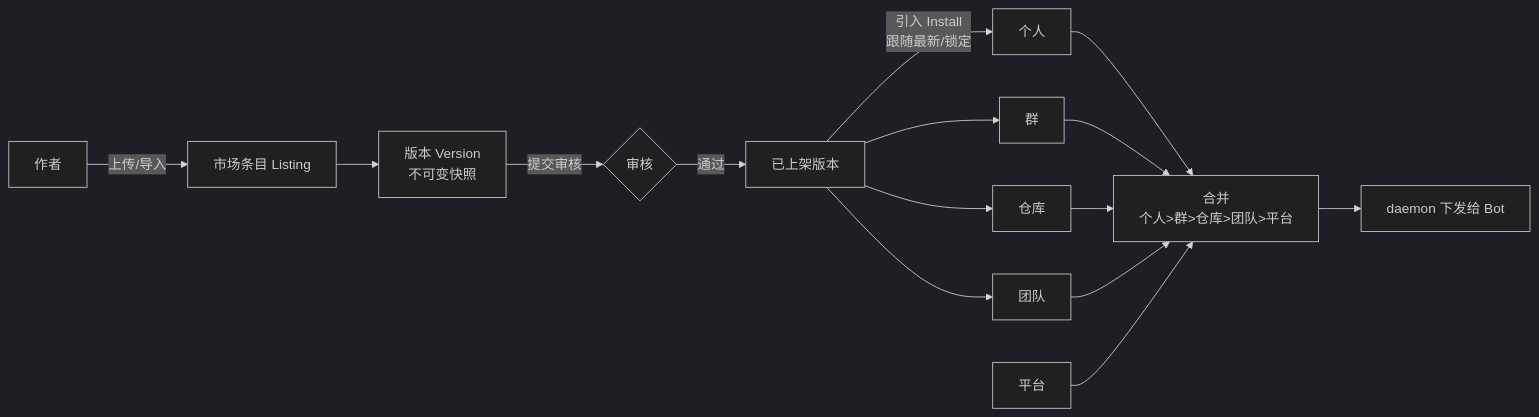
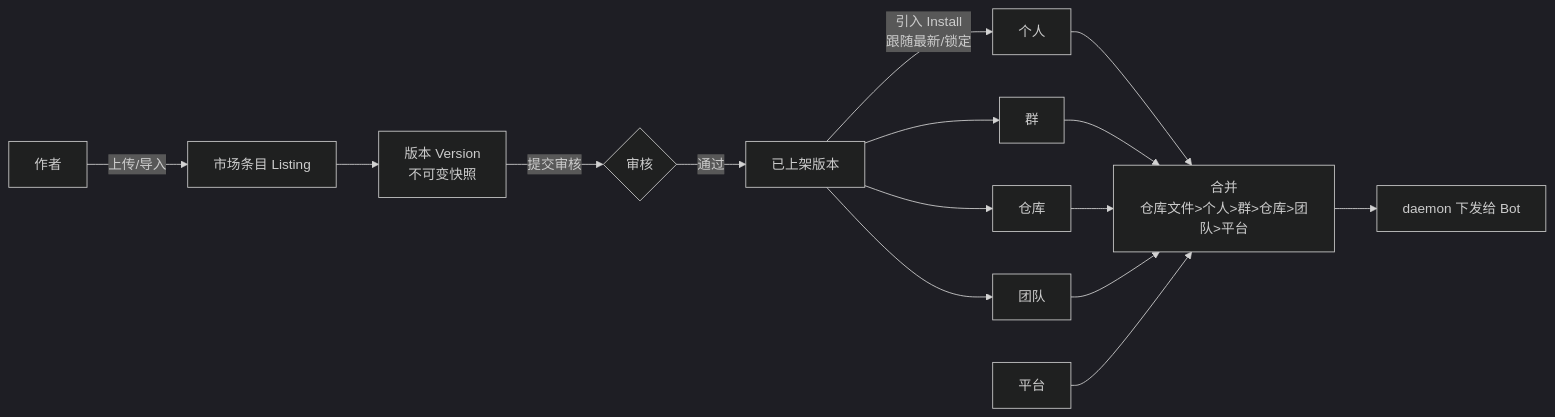
One commit to yoqu/gonggong-space changed the diagram in docs/plan/Skill市场-PRD.md. Above: the diagram before and after it, drawn with Mermaid (dark theme). The commit also changed other lines of this file, not shown here.

````diff
--- a/docs/plan/Skill市场-PRD.md
+++ b/docs/plan/Skill市场-PRD.md
@@ -35,13 +36,13 @@
 ```mermaid
 flowchart LR
   Author[作者] -->|上传/导入| Pkg[市场条目 Listing]
   Pkg --> V[版本 Version<br/>不可变快照]
   V -->|提交审核| Review{审核}
   Review -->|通过| Pub[已上架版本]
   Pub -->|引入 Install<br/>跟随最新/锁定| Personal[个人]
   Pub --> Group[群]
   Pub --> Repo[仓库]
   Pub --> Team[团队]
-  Personal & Group & Repo & Team & Platform[平台] --> Merge[合并<br/>个人>群>仓库>团队>平台]
+  Personal & Group & Repo & Team & Platform[平台] --> Merge[合并<br/>仓库文件>个人>群>仓库>团队>平台]
   Merge --> Daemon[daemon 下发给 Bot]
 ```
````
